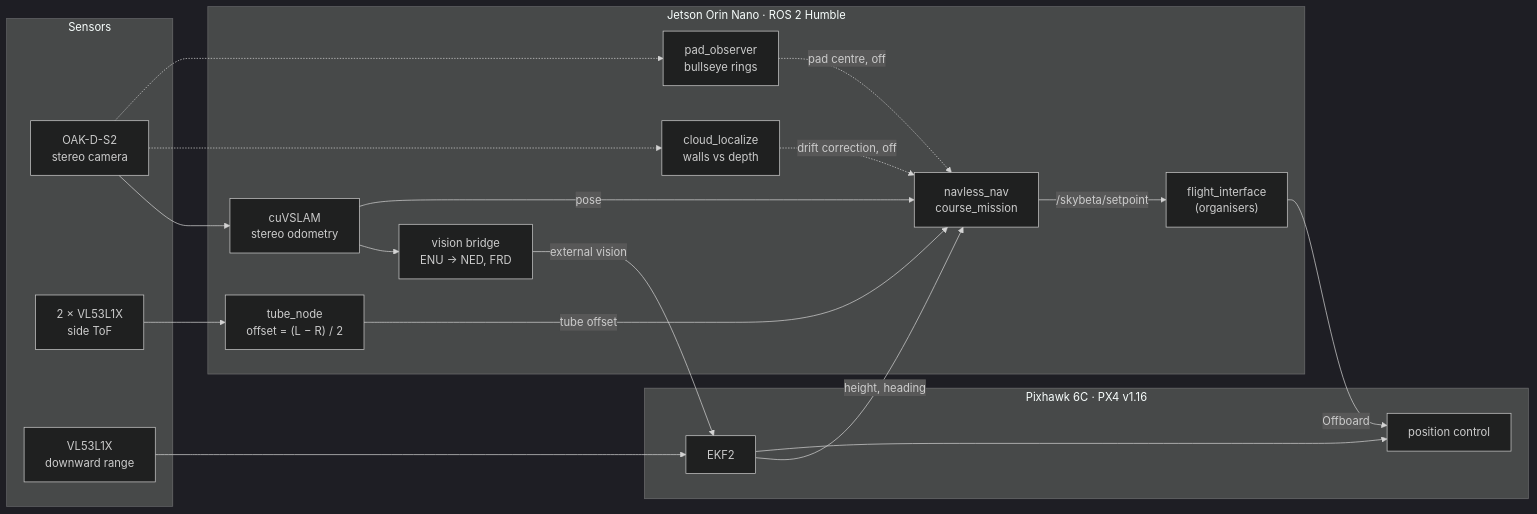
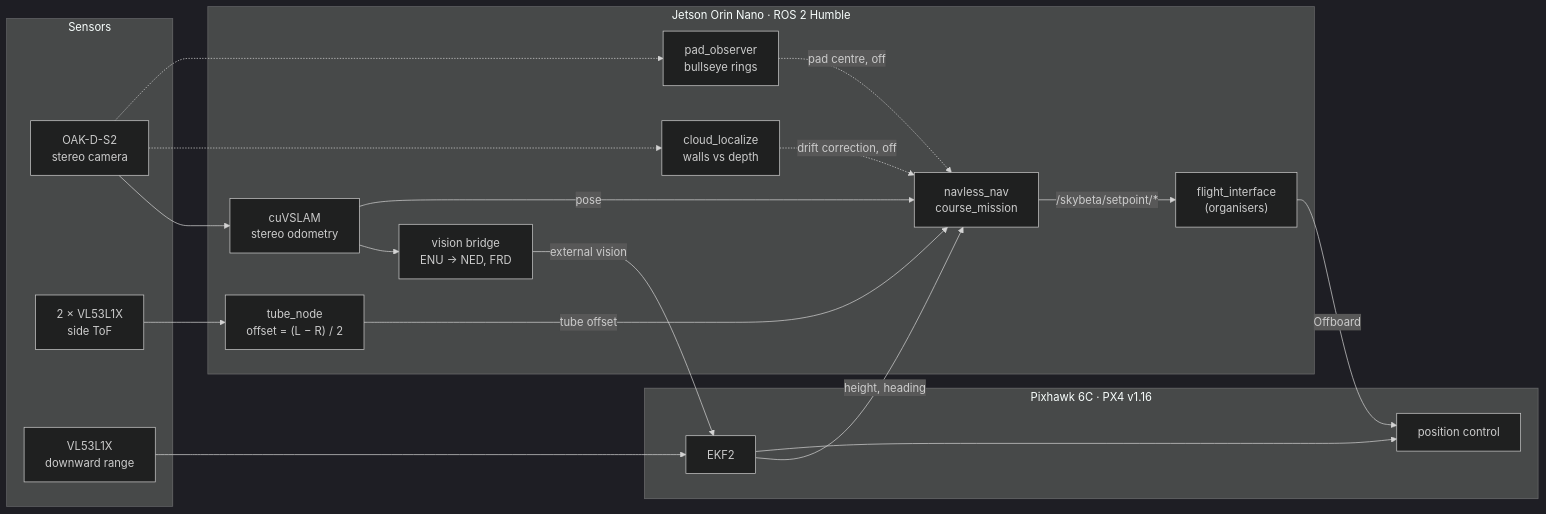
One commit to RaagaSundar/Navless changed the first of 3 diagrams in README.md. Above: the diagram before and after it, drawn with Mermaid (dark theme). The commit also changed other lines of this file, not shown here.

Commit message:
README: plain-text badges, quoted setpoint label in the architecture diagram

````diff
--- a/README.md
+++ b/README.md
@@ -99,30 +99,30 @@
 ```mermaid
 flowchart LR
   subgraph SENSORS["Sensors"]
     CAM["OAK-D-S2<br/>stereo camera"]
     TOF["2 × VL53L1X<br/>side ToF"]
     RNG["VL53L1X<br/>downward range"]
   end
   subgraph JETSON["Jetson Orin Nano · ROS 2 Humble"]
     VS["cuVSLAM<br/>stereo odometry"]
     BR["vision bridge<br/>ENU → NED, FRD"]
     TN["tube_node<br/>offset = (L − R) / 2"]
     NAV["navless_nav<br/>course_mission"]
     FI["flight_interface<br/>(organisers)"]
     LOC["cloud_localize<br/>walls vs depth"]
     PAD["pad_observer<br/>bullseye rings"]
   end
   subgraph PX4["Pixhawk 6C · PX4 v1.16"]
     EKF["EKF2"]
     CTRL["position control"]
   end
   CAM --> VS --> BR -->|external vision| EKF
   RNG --> EKF
   VS -->|pose| NAV
   TOF --> TN -->|tube offset| NAV
   CAM -.-> LOC -.->|drift correction, off| NAV
   CAM -.-> PAD -.->|pad centre, off| NAV
   EKF -->|height, heading| NAV
-  NAV -->|/skybeta/setpoint| FI -->|Offboard| CTRL
+  NAV -->|"/skybeta/setpoint/*"| FI -->|Offboard| CTRL
   EKF --> CTRL
 ```
````
